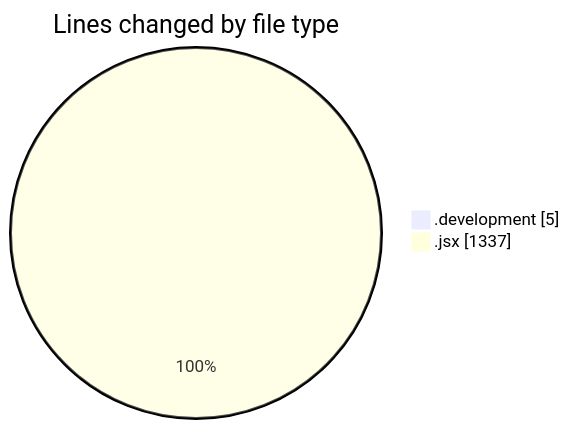
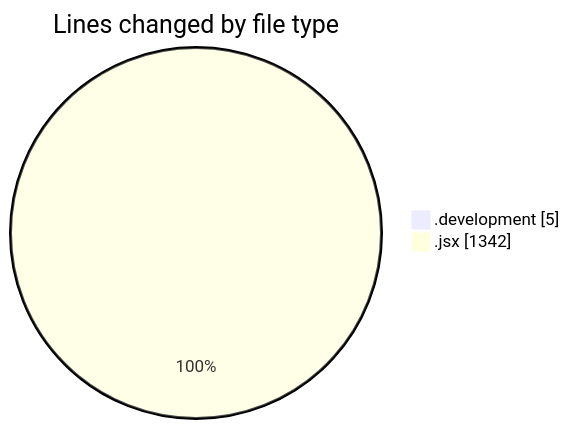
Before and after one commit to nxtqubesakshisongat/code-tracking: the first of 2 diagrams in 2025-09-12/nxtqube_webapp/README.md, drawn with Mermaid. The commit also changed other lines of this file and 1 other file, not shown here.

````diff
--- a/2025-09-12/nxtqube_webapp/README.md
+++ b/2025-09-12/nxtqube_webapp/README.md
@@ -21,6 +21,6 @@
 ```mermaid
 pie showData
 title Lines changed by file type
 ".development" : 5
-".jsx" : 1337
+".jsx" : 1342
 ```
````
